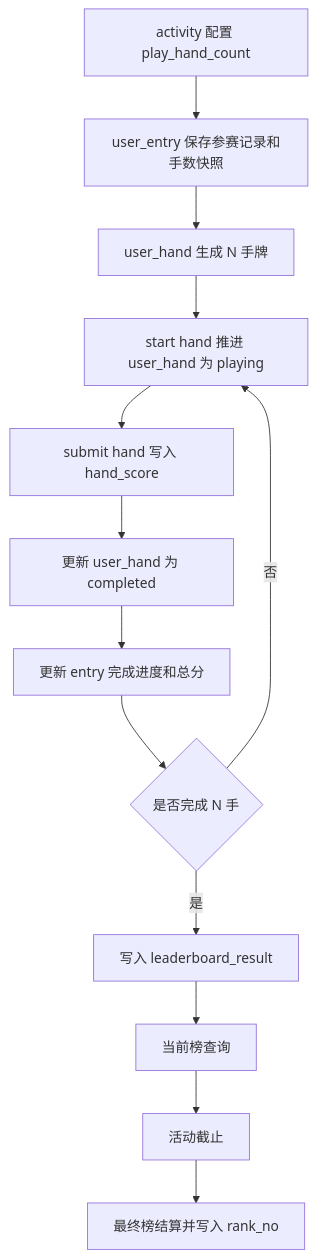
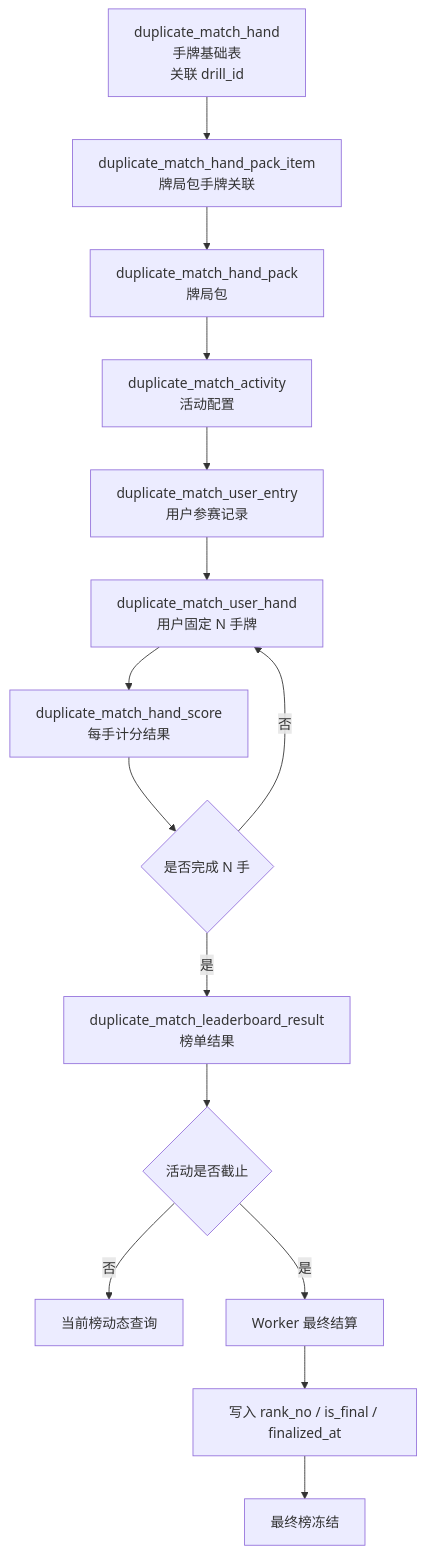
Before and after one commit to zdl20251023-pixel/agent-frame: the sixth of 9 diagrams in docs/复述扑克/评审/03-复式扑克 PvE 排名赛 7.15 研发设计文档-详细版.md, drawn with Mermaid. The commit also changed other lines of this file, not shown here.

````diff
--- a/docs/复述扑克/评审/03-复式扑克 PvE 排名赛 7.15 研发设计文档-详细版.md
+++ b/docs/复述扑克/评审/03-复式扑克 PvE 排名赛 7.15 研发设计文档-详细版.md
@@ -1011,15 +1101,20 @@
 ```mermaid
 flowchart TD
-    A[activity 配置 play_hand_count] --> B[user_entry 保存参赛记录和手数快照]
-    B --> C[user_hand 生成 N 手牌]
-    C --> D[start hand 推进 user_hand 为 playing]
-    D --> E[submit hand 写入 hand_score]
-    E --> F[更新 user_hand 为 completed]
-    F --> G[更新 entry 完成进度和总分]
+    A[duplicate_match_hand<br/>手牌基础表<br/>关联 drill_id] --> B[duplicate_match_hand_pack_item<br/>牌局包手牌关联]
+    B --> C[duplicate_match_hand_pack<br/>牌局包]
+    C --> D[duplicate_match_activity<br/>活动配置]
+
+    D --> E[duplicate_match_user_entry<br/>用户参赛记录]
+    E --> F[duplicate_match_user_hand<br/>用户固定 N 手牌]
+    F --> G[duplicate_match_hand_score<br/>每手计分结果]
     G --> H{是否完成 N 手}
-    H -- 否 --> D
-    H -- 是 --> I[写入 leaderboard_result]
-    I --> J[当前榜查询]
-    J --> K[活动截止]
-    K --> L[最终榜结算并写入 rank_no]
+
+    H -- 否 --> F
+    H -- 是 --> I[duplicate_match_leaderboard_result<br/>榜单结果]
+
+    I --> J{活动是否截止}
+    J -- 否 --> K[当前榜动态查询]
+    J -- 是 --> L[Worker 最终结算]
+    L --> M[写入 rank_no / is_final / finalized_at]
+    M --> N[最终榜冻结]
 ```
````
